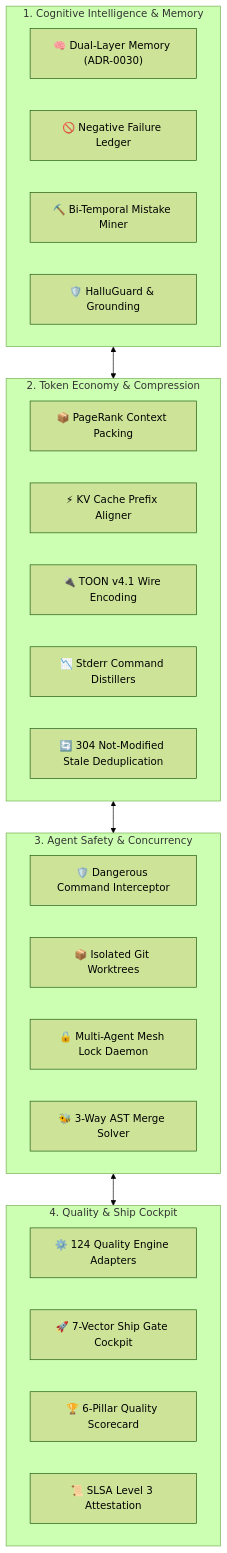
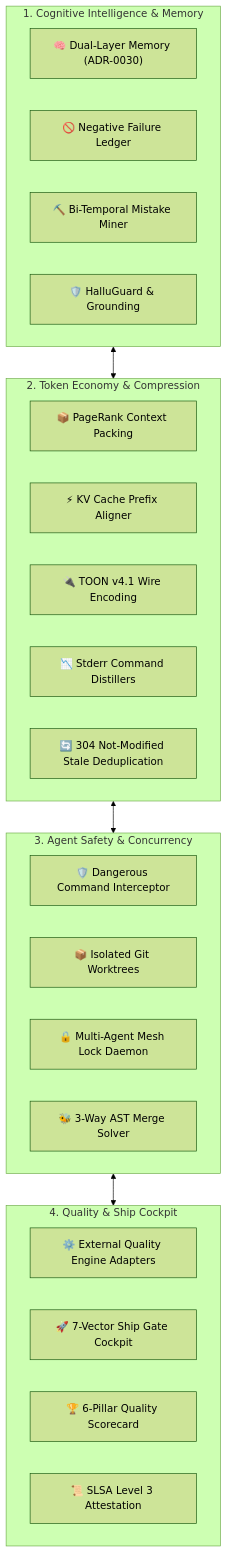
The third of 3 diagrams in README.md (jamesdsizemore/rush-cli), drawn with Mermaid (forest theme) before and after one commit. The commit also changed other lines of this file and 227 other files, not shown here.

````diff
--- a/README.md
+++ b/README.md
@@ -110,35 +110,35 @@
 ```mermaid
 flowchart TD
     subgraph CognitiveLayer["1. Cognitive Intelligence & Memory"]
         Mem["🧠 Dual-Layer Memory (ADR-0030)"]
         Fail["🚫 Negative Failure Ledger"]
         Mistake["⛏️ Bi-Temporal Mistake Miner"]
         Ground["🛡️ HalluGuard & Grounding"]
     end
 
     subgraph TokenLayer["2. Token Economy & Compression"]
         Pack["📦 PageRank Context Packing"]
         Align["⚡ KV Cache Prefix Aligner"]
         TOON["🔌 TOON v4.1 Wire Encoding"]
         Distill["📉 Stderr Command Distillers"]
         Dedup["🔄 304 Not-Modified Stale Deduplication"]
     end
 
     subgraph SafetyLayer["3. Agent Safety & Concurrency"]
         Guard["🛡️ Dangerous Command Interceptor"]
         Sandbox["📦 Isolated Git Worktrees"]
         Mesh["🔒 Multi-Agent Mesh Lock Daemon"]
         Merge["🐝 3-Way AST Merge Solver"]
     end
 
     subgraph QualityLayer["4. Quality & Ship Cockpit"]
-        Engines["⚙️ 124 Quality Engine Adapters"]
+        Engines["⚙️ External Quality Engine Adapters"]
         Ship["🚀 7-Vector Ship Gate Cockpit"]
         Score["🏆 6-Pillar Quality Scorecard"]
         Attest["📜 SLSA Level 3 Attestation"]
     end
 
     CognitiveLayer <--> TokenLayer
     TokenLayer <--> SafetyLayer
     SafetyLayer <--> QualityLayer
 ```
````
